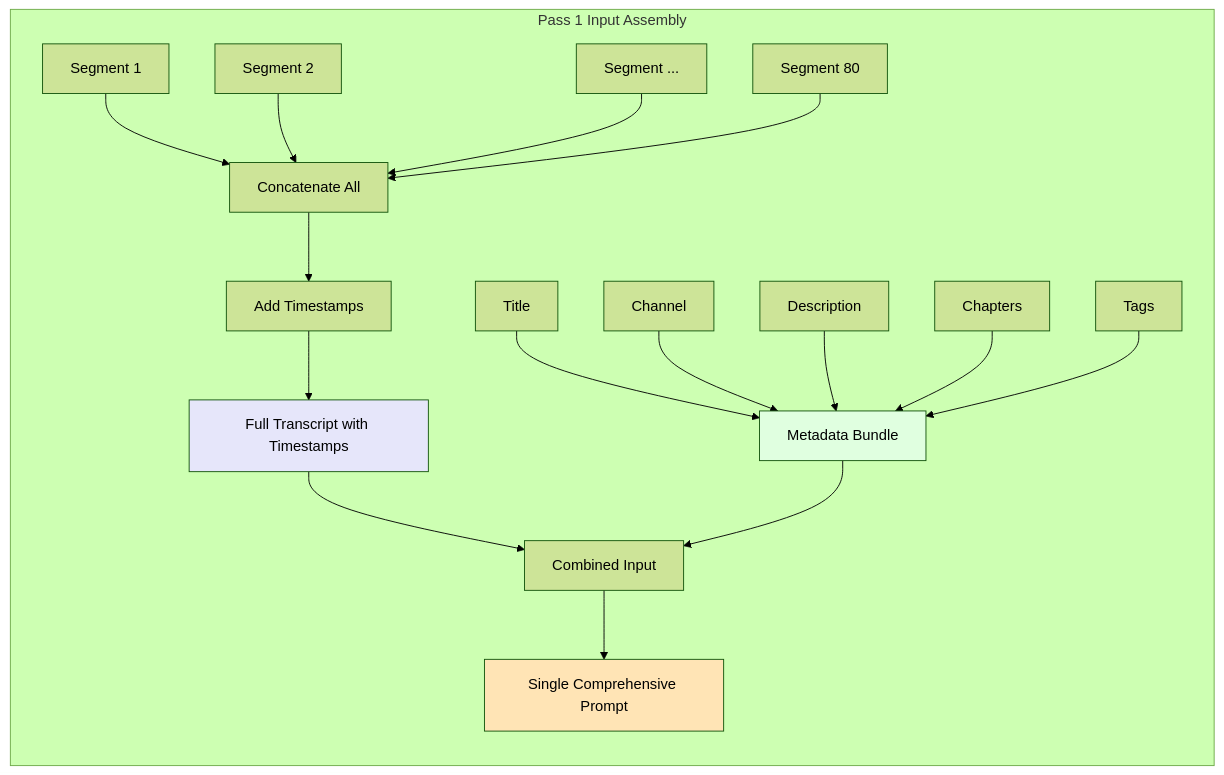
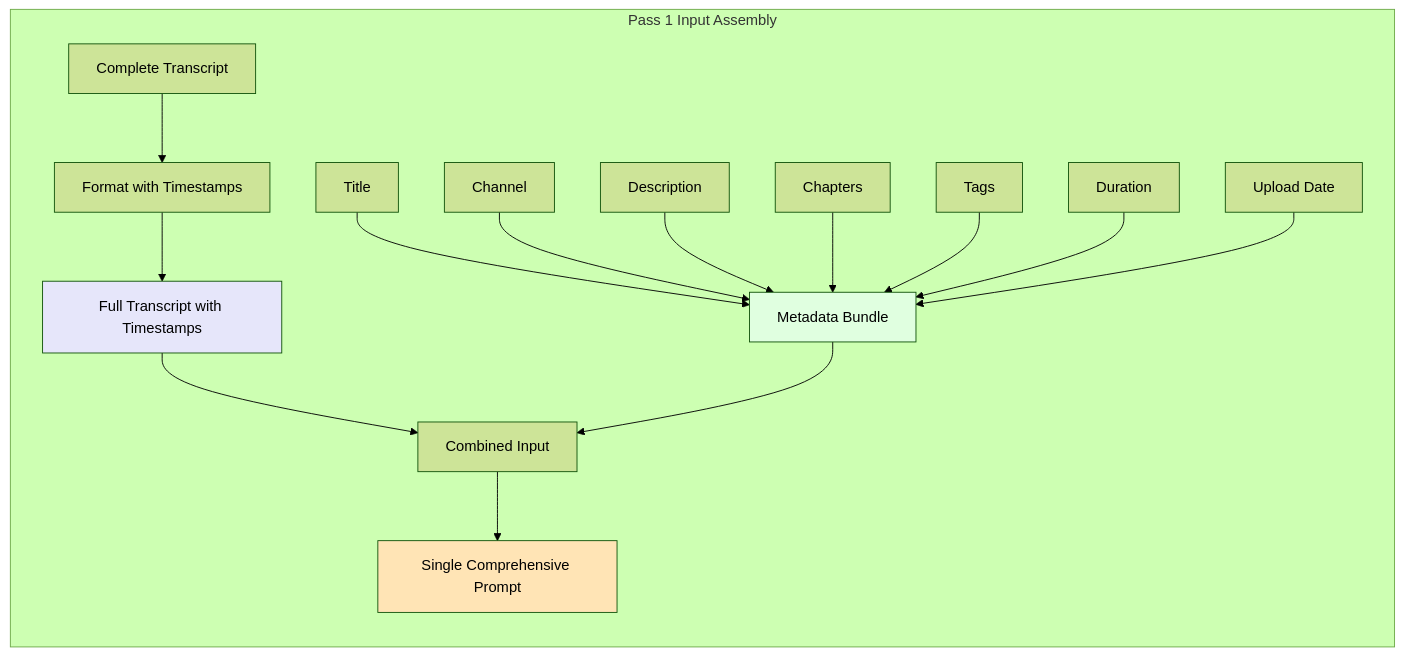
The fifth of 16 diagrams in WHOLE_DOCUMENT_MINING_DETAILED_PLAN.md (msg43/Knowledge_Chipper), drawn with Mermaid (forest theme) before and after one commit. The commit also changed other lines of this file and 26 other files, not shown here.

````diff
--- a/WHOLE_DOCUMENT_MINING_DETAILED_PLAN.md
+++ b/WHOLE_DOCUMENT_MINING_DETAILED_PLAN.md
@@ -277,27 +277,24 @@
 ```mermaid
 flowchart LR
     subgraph Assembly [Pass 1 Input Assembly]
-        Seg1[Segment 1] --> Concat[Concatenate All]
-        Seg2[Segment 2] --> Concat
-        Seg3[Segment ...] --> Concat
-        Seg80[Segment 80] --> Concat
-        
-        Concat --> AddTS[Add Timestamps]
-        AddTS --> FullTranscript[Full Transcript with Timestamps]
+        Transcript[Complete Transcript] --> Format[Format with Timestamps]
+        Format --> FullTranscript[Full Transcript with Timestamps]
         
         Meta1[Title] --> MetaBundle[Metadata Bundle]
         Meta2[Channel] --> MetaBundle
         Meta3[Description] --> MetaBundle
         Meta4[Chapters] --> MetaBundle
         Meta5[Tags] --> MetaBundle
+        Meta6[Duration] --> MetaBundle
+        Meta7[Upload Date] --> MetaBundle
         
         FullTranscript --> Combined[Combined Input]
         MetaBundle --> Combined
         
         Combined --> Prompt1[Single Comprehensive Prompt]
     end
     
     style FullTranscript fill:#E6E6FA
     style MetaBundle fill:#E0FFE0
     style Prompt1 fill:#FFE4B5
 ```
````
